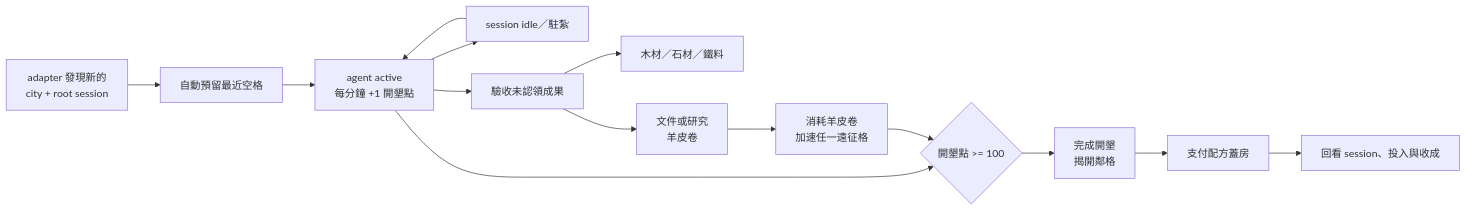
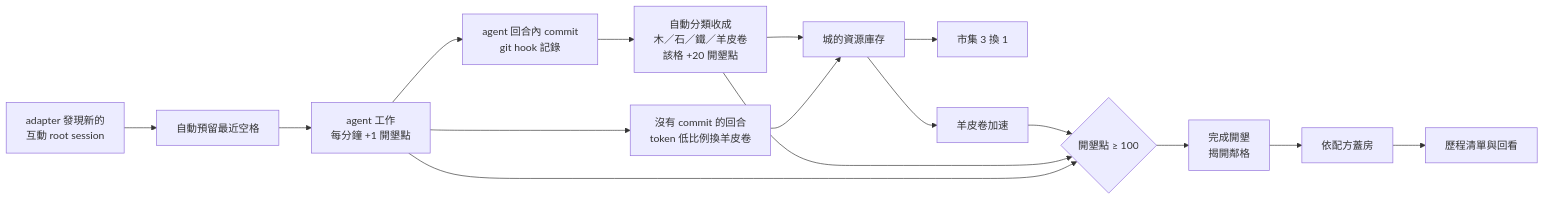
Before and after one commit to kaihg/herdr-reclaim: the diagram in docs/proposal.md, drawn with Mermaid. The commit also changed other lines of this file, not shown here.

First line of the commit message:
docs: 提案 v6.1，git hook 自動收成與 journal 帳本

````diff
--- a/docs/proposal.md
+++ b/docs/proposal.md
@@ -66,16 +65,18 @@
 ```mermaid
 flowchart LR
-  Seen[adapter 發現新的<br/>city + root session] --> Reserve[自動預留最近空格]
-  Reserve --> Explore[agent active<br/>每分鐘 +1 開墾點]
-  Explore --> Idle[session idle／駐紮]
-  Idle --> Explore
-  Explore --> Harvest[驗收未認領成果]
-  Harvest --> Material[木材／石材／鐵料]
-  Harvest --> Scroll[文件或研究<br/>羊皮卷]
-  Scroll --> Boost[消耗羊皮卷<br/>加速任一遠征格]
-  Explore --> Ready{開墾點 >= 100}
-  Boost --> Ready
+  Seen[adapter 發現新的<br/>互動 root session] --> Reserve[自動預留最近空格]
+  Reserve --> Work[agent 工作<br/>每分鐘 +1 開墾點]
+  Work --> Commit[agent 回合內 commit<br/>git hook 記錄]
+  Commit --> Harvest[自動分類收成<br/>木／石／鐵／羊皮卷<br/>該格 +20 開墾點]
+  Work --> NoCommit[沒有 commit 的回合<br/>token 低比例換羊皮卷]
+  Harvest --> Stock[城的資源庫存]
+  NoCommit --> Stock
+  Stock --> Market[市集 3 換 1]
+  Stock --> Boost[羊皮卷加速]
+  Boost --> Ready{開墾點 ≥ 100}
+  Harvest --> Ready
+  Work --> Ready
   Ready --> Cleared[完成開墾<br/>揭開鄰格]
-  Cleared --> Build[支付配方蓋房]
-  Build --> Review[回看 session、投入與收成]
+  Cleared --> Build[依配方蓋房]
+  Build --> Review[歷程清單與回看]
 ```
````
